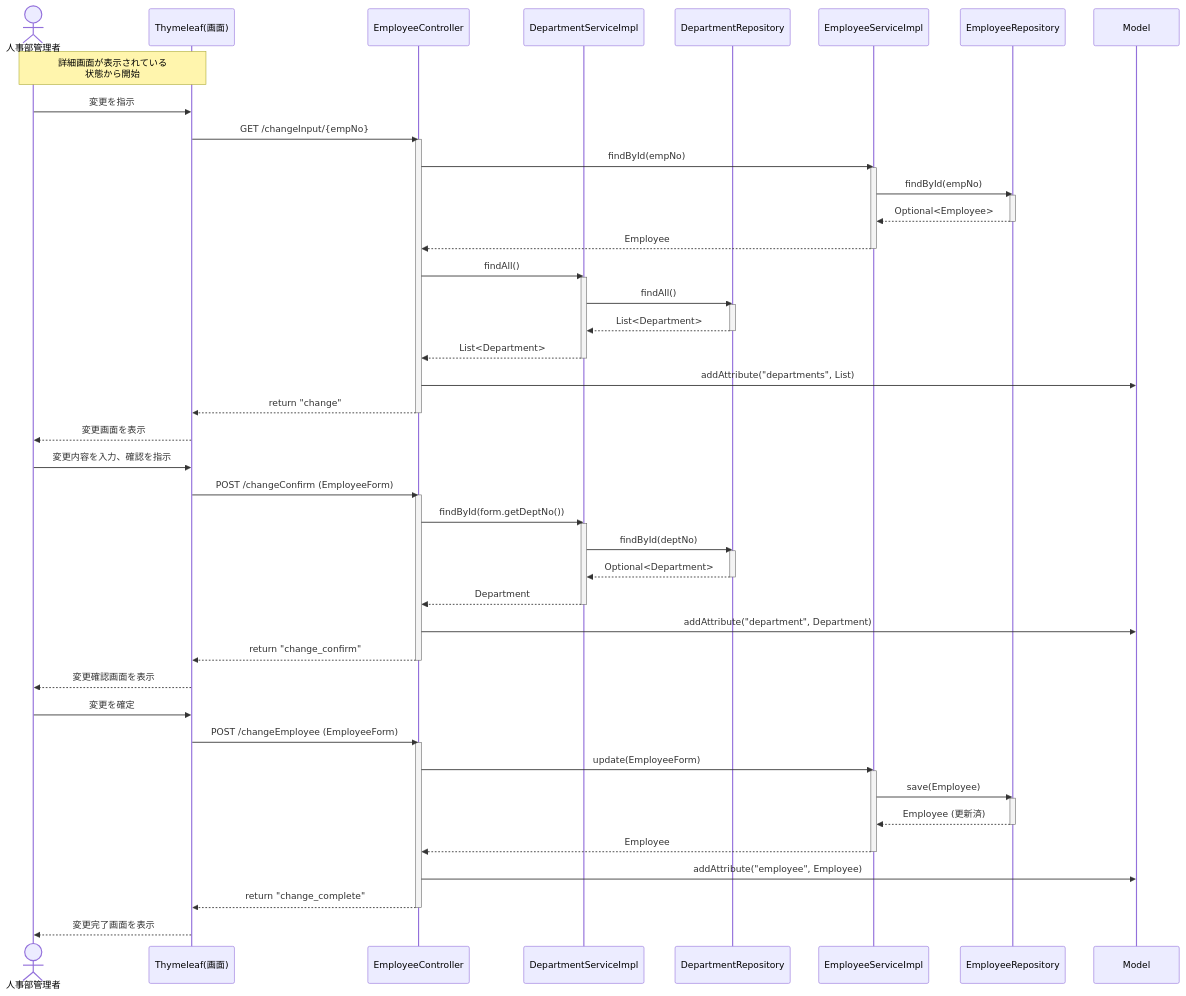
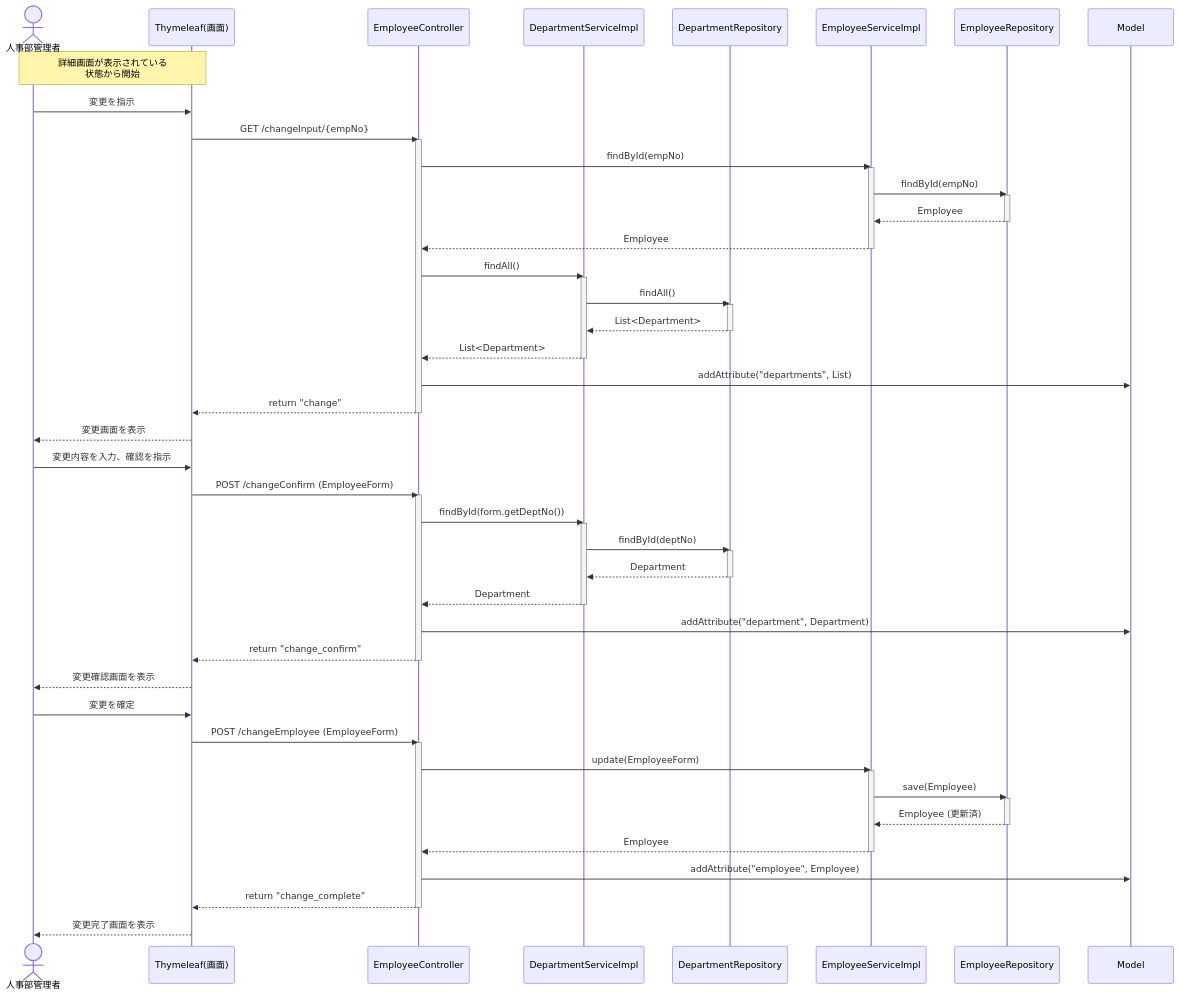
Diagram 28 of 29 in EIMS_Comprehensive_Exercise_Guide.md (juyeongjung1/NewEIMS), drawn with Mermaid before and after one commit. The commit also changed other lines of this file and 5 other files, not shown here.

````diff
--- a/EIMS_Comprehensive_Exercise_Guide.md
+++ b/EIMS_Comprehensive_Exercise_Guide.md
@@ -2159,68 +2158,68 @@
 ```mermaid
 sequenceDiagram
     actor Admin as 人事部管理者
     participant View as Thymeleaf(画面)
     participant Ctrl as EmployeeController
     participant DSvc as DepartmentServiceImpl
     participant DRep as DepartmentRepository
     participant Svc as EmployeeServiceImpl
     participant Rep as EmployeeRepository
     participant Model as Model
 
     note over Admin, View: 詳細画面が表示されている<br/>状態から開始
     Admin ->> View: 変更を指示
     View ->> Ctrl: GET /changeInput/{empNo}
     activate Ctrl
     Ctrl ->> Svc: findById(empNo)
     activate Svc
     Svc ->> Rep: findById(empNo)
     activate Rep
-    Rep -->> Svc: Optional<Employee>
+    Rep -->> Svc: Employee
     deactivate Rep
     Svc -->> Ctrl: Employee
     deactivate Svc
     Ctrl ->> DSvc: findAll()
     activate DSvc
     DSvc ->> DRep: findAll()
     activate DRep
     DRep -->> DSvc: List<Department>
     deactivate DRep
     DSvc -->> Ctrl: List<Department>
     deactivate DSvc
     Ctrl ->> Model: addAttribute("departments", List)
     Ctrl -->> View: return "change"
     deactivate Ctrl
     View -->> Admin: 変更画面を表示
   
     Admin ->> View: 変更内容を入力、確認を指示
     View ->> Ctrl: POST /changeConfirm (EmployeeForm)
     activate Ctrl
     Ctrl ->> DSvc: findById(form.getDeptNo())
     activate DSvc
     DSvc ->> DRep: findById(deptNo)
     activate DRep
-    DRep -->> DSvc: Optional<Department>
+    DRep -->> DSvc: Department
     deactivate DRep
     DSvc -->> Ctrl: Department
     deactivate DSvc
     Ctrl ->> Model: addAttribute("department", Department)
     Ctrl -->> View: return "change_confirm"
     deactivate Ctrl
     View -->> Admin: 変更確認画面を表示
   
     Admin ->> View: 変更を確定
     View ->> Ctrl: POST /changeEmployee (EmployeeForm)
     activate Ctrl
     Ctrl ->> Svc: update(EmployeeForm)
     activate Svc
     Svc ->> Rep: save(Employee)
     activate Rep
     Rep -->> Svc: Employee (更新済)
     deactivate Rep
     Svc -->> Ctrl: Employee
     deactivate Svc
     Ctrl ->> Model: addAttribute("employee", Employee)
     Ctrl -->> View: return "change_complete"
     deactivate Ctrl
     View -->> Admin: 変更完了画面を表示
 ```
````
